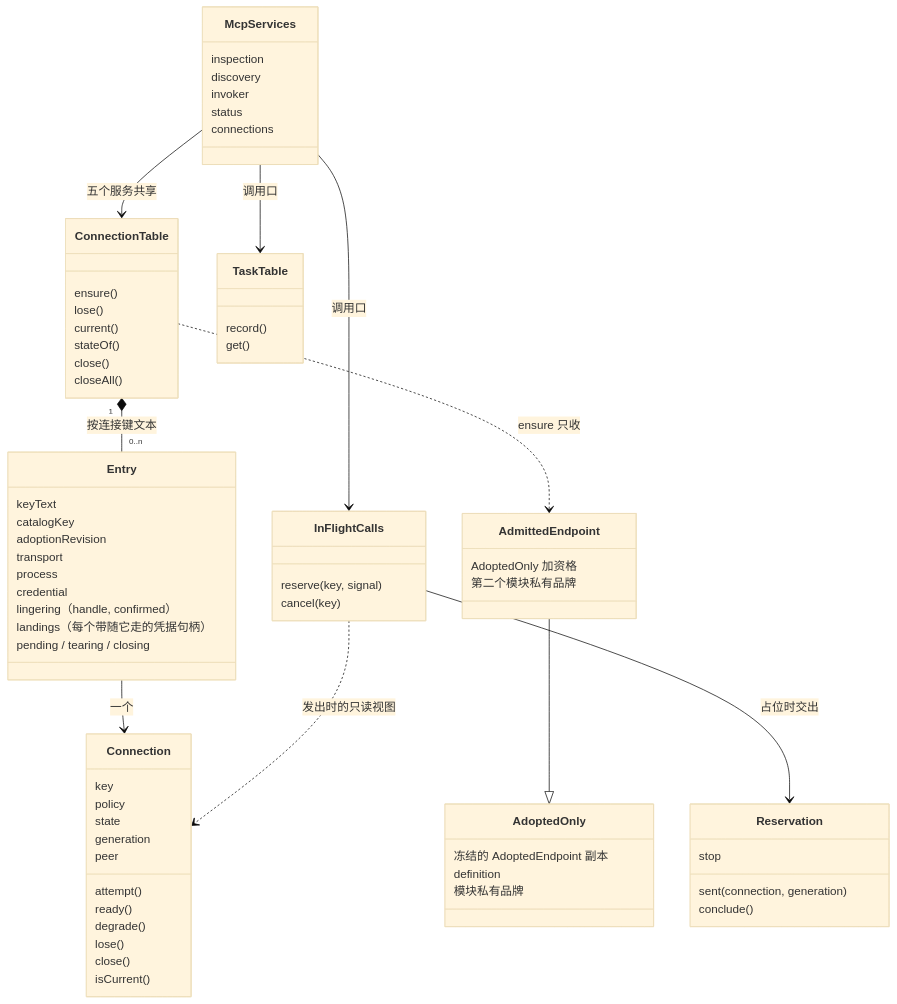
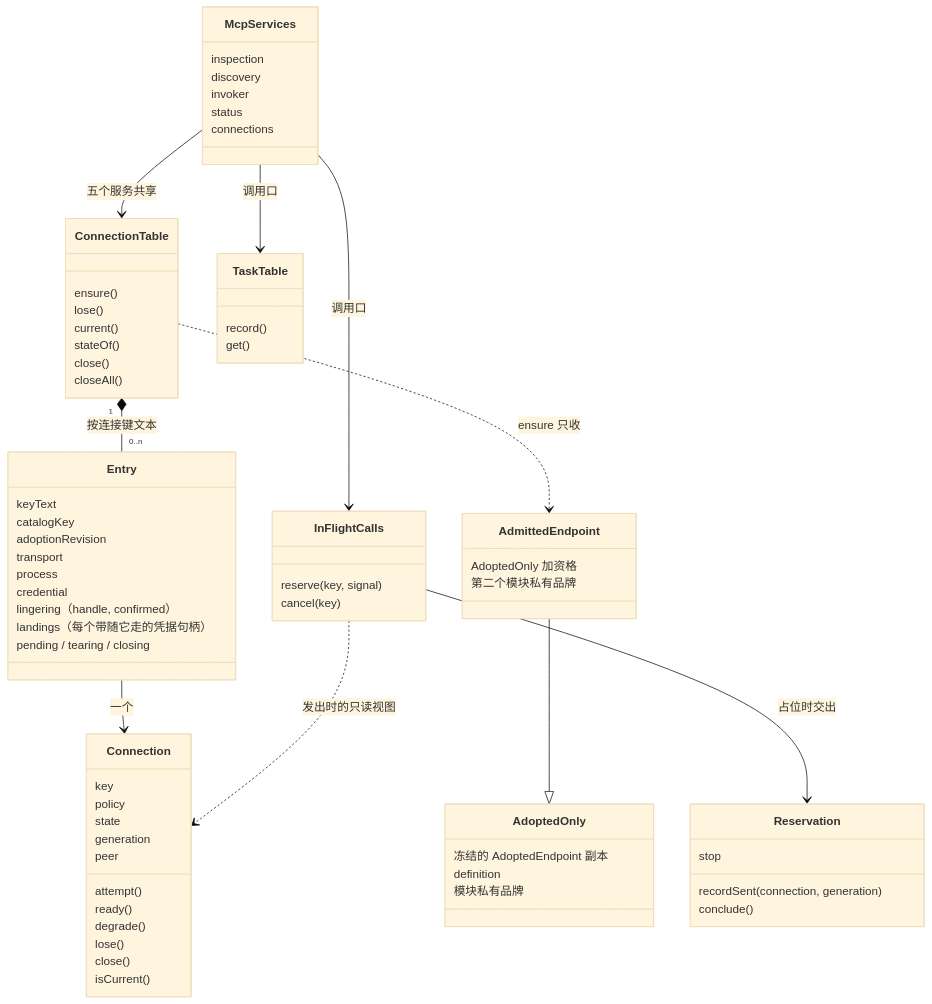
One commit to nemori-ai/omne-harness-lite changed the diagram in packages/mcp/mcp/docs/object-model.md. Above: the diagram before and after it, drawn with Mermaid (base theme). The commit also changed other lines of this file and 6 other files, not shown here.

````diff
--- a/packages/mcp/mcp/docs/object-model.md
+++ b/packages/mcp/mcp/docs/object-model.md
@@ -7,73 +7,73 @@
 ```mermaid
 classDiagram
     class McpServices {
         inspection
         discovery
         invoker
         status
         connections
     }
     class ConnectionTable {
         ensure()
         lose()
         current()
         stateOf()
         close()
         closeAll()
     }
     class Entry {
         keyText
         catalogKey
         adoptionRevision
         transport
         process
         credential
         lingering（handle, confirmed）
         landings（每个带随它走的凭据句柄）
         pending / tearing / closing
     }
     class Connection {
         key
         policy
         state
         generation
         peer
         attempt()
         ready()
         degrade()
         lose()
         close()
         isCurrent()
     }
     class InFlightCalls {
         reserve(key, signal)
         cancel(key)
     }
     class Reservation {
         stop
-        sent(connection, generation)
+        recordSent(connection, generation)
         conclude()
     }
     InFlightCalls --> Reservation : 占位时交出
     class TaskTable {
         record()
         get()
     }
     class AdoptedOnly {
         冻结的 AdoptedEndpoint 副本
         definition
         模块私有品牌
     }
     class AdmittedEndpoint {
         AdoptedOnly 加资格
         第二个模块私有品牌
     }
     AdmittedEndpoint --|> AdoptedOnly
     McpServices --> ConnectionTable : 五个服务共享
     McpServices --> InFlightCalls : 调用口
     McpServices --> TaskTable : 调用口
     ConnectionTable "1" *-- "0..n" Entry : 按连接键文本
     Entry --> Connection : 一个
     ConnectionTable ..> AdmittedEndpoint : ensure 只收
     InFlightCalls ..> Connection : 发出时的只读视图
 ```
````
